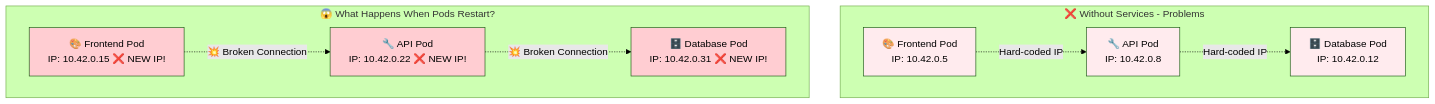
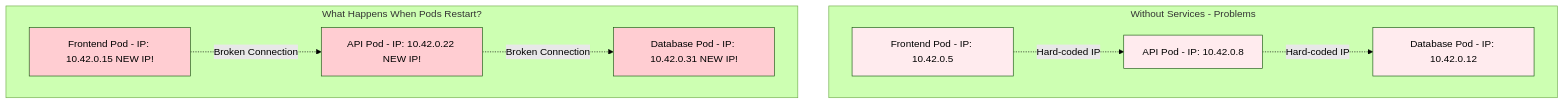
The second of 26 diagrams in Section-2-DevOps/Session-7_Kubernetes/04-services-networking/README.md (manikcloud/cloud-devops-learning-path), drawn with Mermaid (forest theme) before and after one commit. The commit also changed other lines of this file, not shown here.

First line of the commit message:
Fix mermaid diagram syntax errors - Part 1

````diff
--- a/Section-2-DevOps/Session-7_Kubernetes/04-services-networking/README.md
+++ b/Section-2-DevOps/Session-7_Kubernetes/04-services-networking/README.md
@@ -56,27 +56,27 @@
 ```mermaid
 graph TB
-    subgraph "❌ Without Services - Problems"
-        FRONTEND1[🎨 Frontend Pod<br/>IP: 10.42.0.5]
-        API1[🔧 API Pod<br/>IP: 10.42.0.8]
-        DB1[🗄️ Database Pod<br/>IP: 10.42.0.12]
+    subgraph "Without Services - Problems"
+        FRONTEND1[Frontend Pod - IP: 10.42.0.5]
+        API1[API Pod - IP: 10.42.0.8]
+        DB1[Database Pod - IP: 10.42.0.12]
         
         FRONTEND1 -.->|Hard-coded IP| API1
         API1 -.->|Hard-coded IP| DB1
     end
     
-    subgraph "😱 What Happens When Pods Restart?"
-        FRONTEND2[🎨 Frontend Pod<br/>IP: 10.42.0.15 ❌ NEW IP!]
-        API2[🔧 API Pod<br/>IP: 10.42.0.22 ❌ NEW IP!]
-        DB2[🗄️ Database Pod<br/>IP: 10.42.0.31 ❌ NEW IP!]
+    subgraph "What Happens When Pods Restart?"
+        FRONTEND2[Frontend Pod - IP: 10.42.0.15 NEW IP!]
+        API2[API Pod - IP: 10.42.0.22 NEW IP!]
+        DB2[Database Pod - IP: 10.42.0.31 NEW IP!]
         
-        FRONTEND2 -.->|💥 Broken Connection| API2
-        API2 -.->|💥 Broken Connection| DB2
+        FRONTEND2 -.->|Broken Connection| API2
+        API2 -.->|Broken Connection| DB2
     end
     
     style FRONTEND1 fill:#ffebee
     style API1 fill:#ffebee
     style DB1 fill:#ffebee
     style FRONTEND2 fill:#ffcdd2
     style API2 fill:#ffcdd2
     style DB2 fill:#ffcdd2
 ```
````
